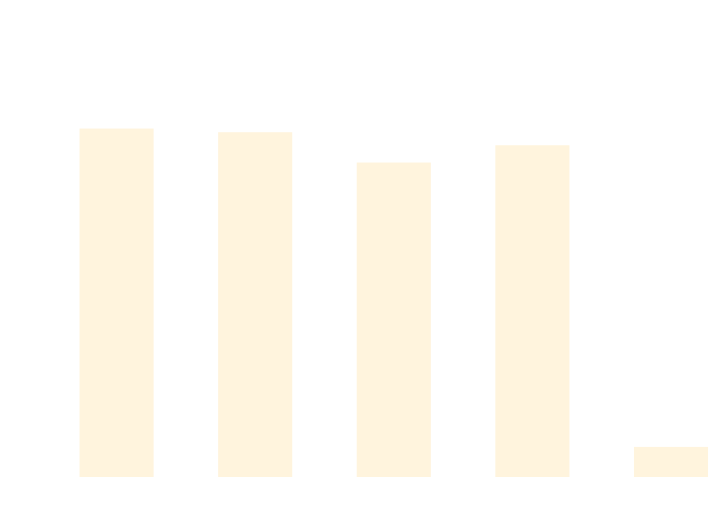
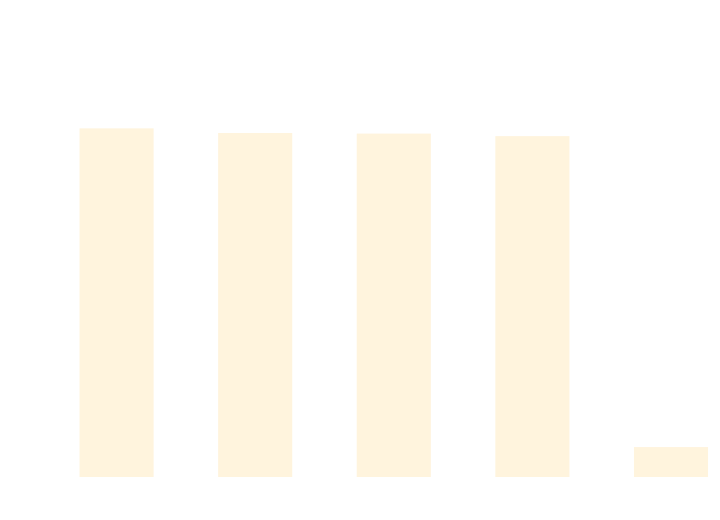
Before and after one commit to thomhurst/TUnit: the diagram in docs/docs/benchmarks/ScaleTests.md, drawn with Mermaid. The commit also changed other lines of this file and 17 other files, not shown here.

````diff
--- a/docs/docs/benchmarks/ScaleTests.md
+++ b/docs/docs/benchmarks/ScaleTests.md
@@ -27,37 +27,37 @@
 ```mermaid
 %%{init: {
   'theme':'base',
   'themeVariables': {
     'primaryColor': '#2563eb',
     'primaryTextColor': '#ffffff',
     'primaryBorderColor': '#1e40af',
     'lineColor': '#6b7280',
     'secondaryColor': '#7c3aed',
     'tertiaryColor': '#dc2626',
     'background': '#ffffff',
     'mainBkg': '#2563eb',
     'secondBkg': '#7c3aed',
     'tertiaryBkg': '#dc2626',
     'clusterBkg': '#f3f4f6',
     'edgeLabelBackground': '#ffffff',
     'tertiaryTextColor': '#1f2937',
     'pie1': '#2563eb',
     'pie2': '#7c3aed',
     'pie3': '#dc2626',
     'pie4': '#f59e0b',
     'pie5': '#10b981',
     'pie6': '#06b6d4',
     'pie7': '#ec4899',
     'pie8': '#6366f1',
     'pie9': '#84cc16',
     'pie10': '#f97316',
     'pie11': '#14b8a6',
     'pie12': '#a855f7'
   }
 }}%%
 xychart-beta
   title "ScaleTests Performance Comparison"
   x-axis ["TUnit", "NUnit", "MSTest", "xUnit3", "TUnit_AOT"]
-  y-axis "Time (ms)" 0 --> 750
-  bar [624.29, 617.57, 561.97, 593.67, 40.49]
+  y-axis "Time (ms)" 0 --> 758
+  bar [631.33, 622.73, 621.62, 616.92, 40.63]
 ```
````
